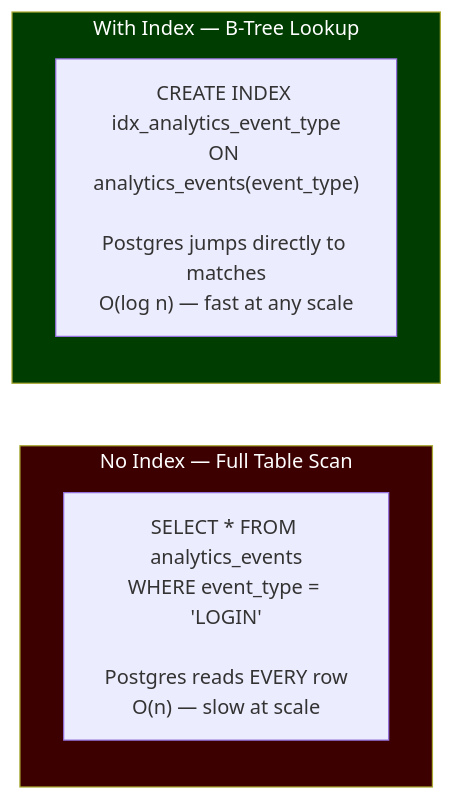
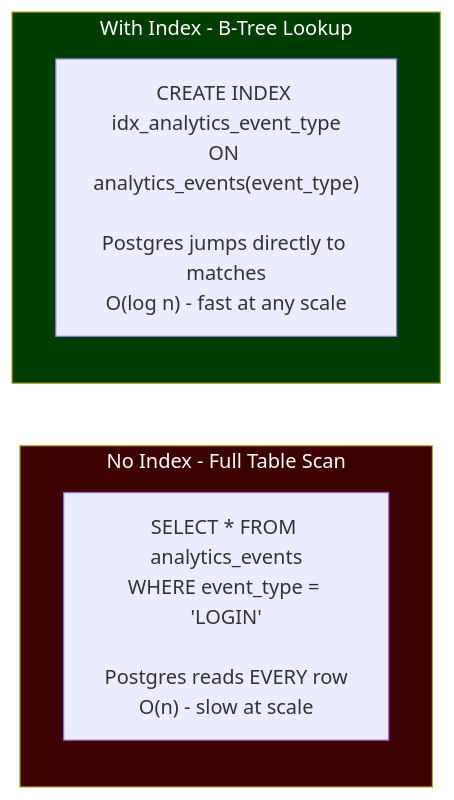
One commit to Ochanda-Charles/Event-scheduling-system changed diagram 13 of 15 in README.md. Above: the diagram before and after it, drawn with Mermaid. The commit also changed other lines of this file, not shown here.

Commit message:
docs: fix mermaid diagram rendering with proper indentation and syntax

````diff
--- a/README.md
+++ b/README.md
@@ -681,13 +681,13 @@
 ```mermaid
 flowchart LR
- subgraph NoIndex [" No Index — Full Table Scan"]
- NI["SELECT * FROM analytics_events\nWHERE event_type = 'LOGIN'\n\nPostgres reads EVERY row\nO(n) — slow at scale"]
- end
+    subgraph NoIndex ["No Index - Full Table Scan"]
+        NI["SELECT * FROM analytics_events\nWHERE event_type = 'LOGIN'\n\nPostgres reads EVERY row\nO(n) - slow at scale"]
+    end
 
- subgraph WithIndex [" With Index — B-Tree Lookup"]
- WI["CREATE INDEX idx_analytics_event_type\nON analytics_events(event_type)\n\nPostgres jumps directly to matches\nO(log n) — fast at any scale"]
- end
+    subgraph WithIndex ["With Index - B-Tree Lookup"]
+        WI["CREATE INDEX idx_analytics_event_type\nON analytics_events(event_type)\n\nPostgres jumps directly to matches\nO(log n) - fast at any scale"]
+    end
 
- style NoIndex fill:#3d0000,color:#fff
- style WithIndex fill:#003d00,color:#fff
+    style NoIndex fill:#3d0000,color:#fff
+    style WithIndex fill:#003d00,color:#fff
 ```
````
